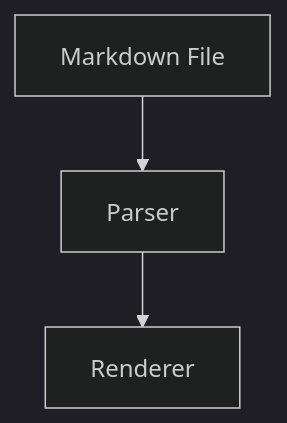
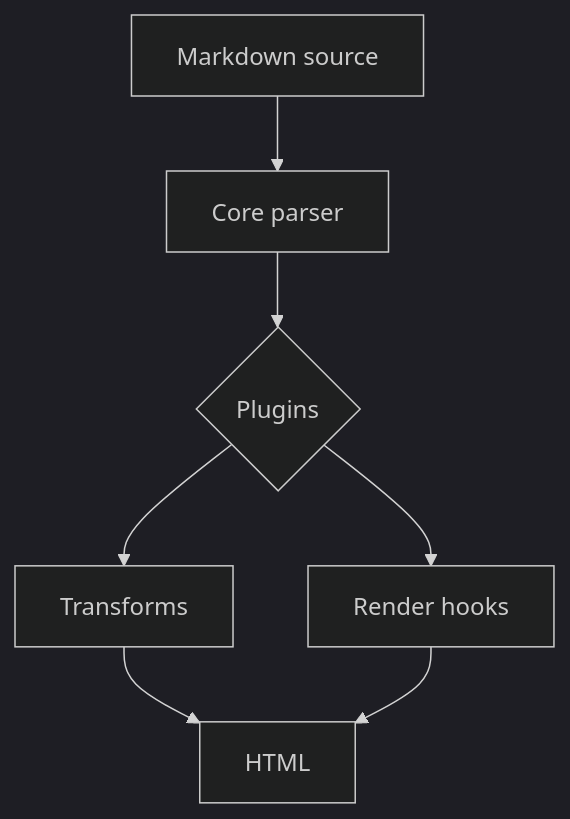
One commit to silvandiepen/nizel changed the diagram in apps/benchmarks/fixtures/kitchen-sink.md. Above: the diagram before and after it, drawn with Mermaid (dark theme). The commit also changed other lines of this file and 20 other files, not shown here.

````diff
--- a/apps/benchmarks/fixtures/kitchen-sink.md
+++ b/apps/benchmarks/fixtures/kitchen-sink.md
@@ -157,5 +228,9 @@
 ```mermaid
 flowchart TD
-  A[Markdown File] --> B[Parser]
-  B --> C[Renderer]
+  A[Markdown source] --> B[Core parser]
+  B --> C{Plugins}
+  C --> D[Transforms]
+  C --> E[Render hooks]
+  D --> F[HTML]
+  E --> F
 ```
````
